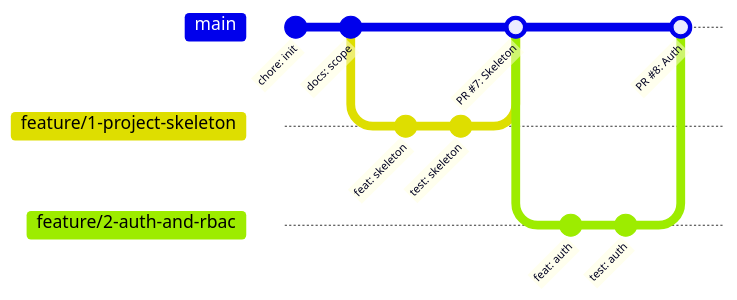
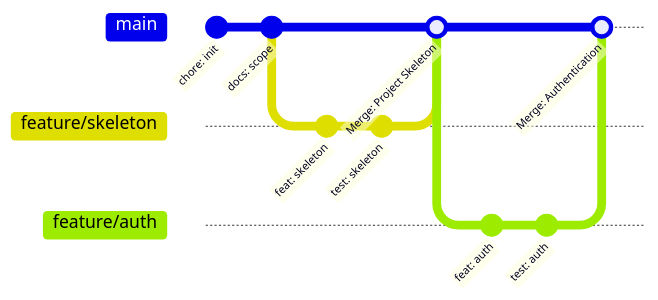
One commit to priyanshi-somani/ai-defect-triage changed the diagram in docs/scm-plan.md. Above: the diagram before and after it, drawn with Mermaid. The commit also changed other lines of this file and 7 other files, not shown here.

````diff
--- a/docs/scm-plan.md
+++ b/docs/scm-plan.md
@@ -34,17 +34,17 @@
 ```mermaid
 gitGraph
     commit id: "chore: init"
     commit id: "docs: scope"
-    branch feature/1-project-skeleton
-    checkout feature/1-project-skeleton
+    branch feature/skeleton
+    checkout feature/skeleton
     commit id: "feat: skeleton"
     commit id: "test: skeleton"
     checkout main
-    merge feature/1-project-skeleton id: "PR #7: Skeleton"
-    branch feature/2-auth-and-rbac
-    checkout feature/2-auth-and-rbac
+    merge feature/skeleton id: "Merge: Project Skeleton"
+    branch feature/auth
+    checkout feature/auth
     commit id: "feat: auth"
     commit id: "test: auth"
     checkout main
-    merge feature/2-auth-and-rbac id: "PR #8: Auth"
+    merge feature/auth id: "Merge: Authentication"
 ```
````
